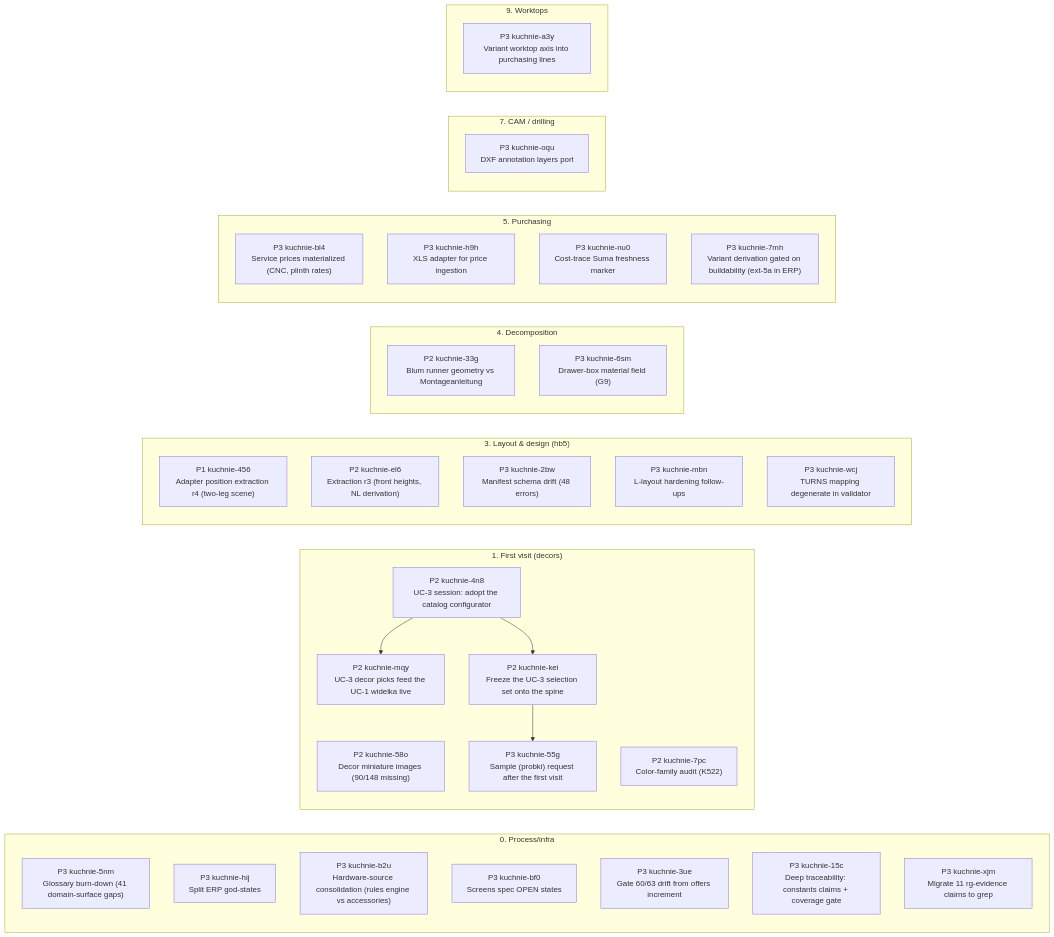
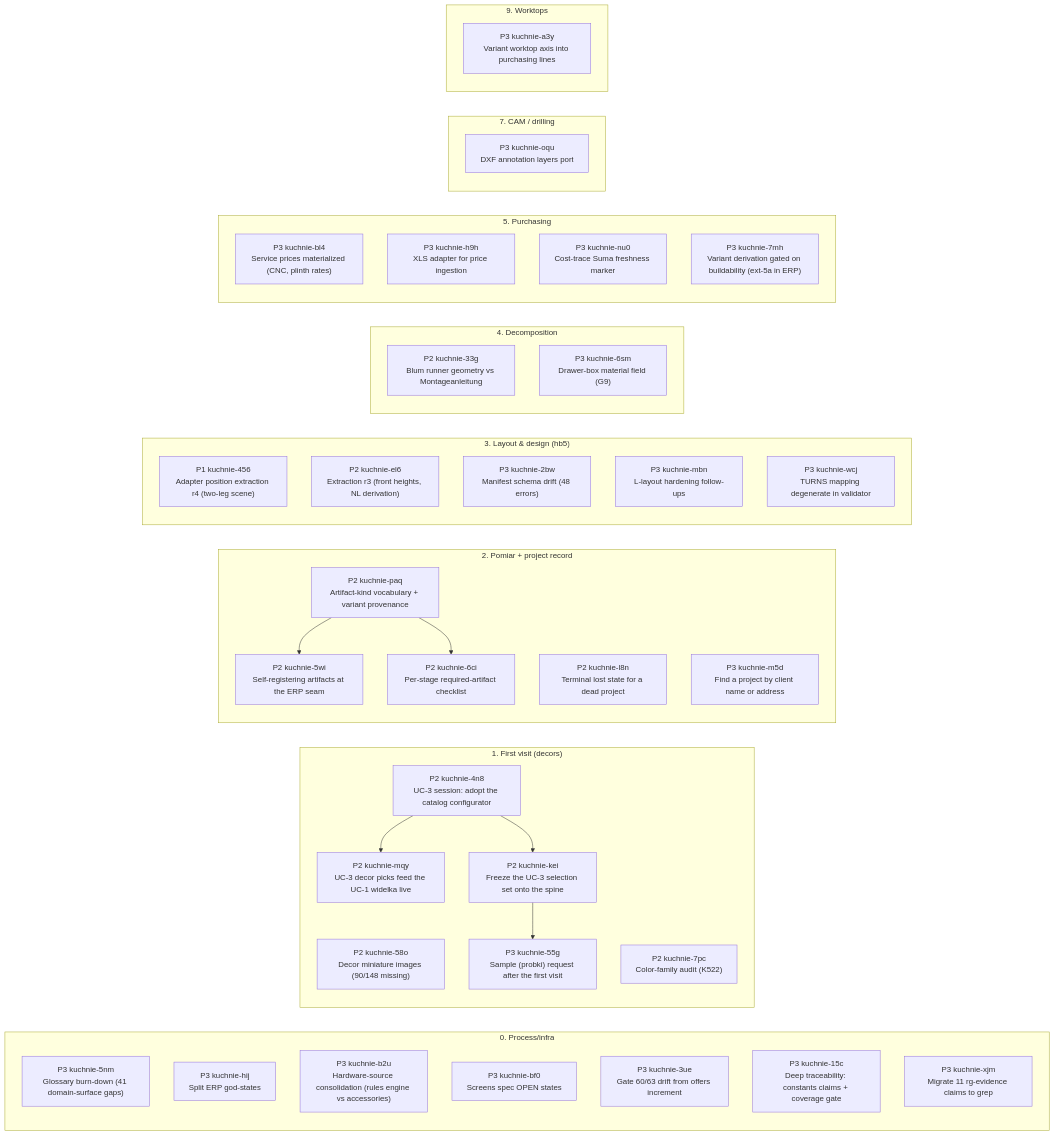
One commit to m1981/kuchnie changed the first of 2 diagrams in STATUS.md. Above: the diagram before and after it, drawn with Mermaid. The commit also changed other lines of this file and 3 other files, not shown here.

````diff
--- a/STATUS.md
+++ b/STATUS.md
@@ -130,46 +140,55 @@
 ```mermaid
 flowchart LR
     subgraph s0 ["0. Process/infra"]
         kuchnie_5nm["P3 kuchnie-5nm<br/>Glossary burn-down (41 domain-surface gaps)"]
         kuchnie_hij["P3 kuchnie-hij<br/>Split ERP god-states"]
         kuchnie_b2u["P3 kuchnie-b2u<br/>Hardware-source consolidation (rules engine vs accessories)"]
         kuchnie_bf0["P3 kuchnie-bf0<br/>Screens spec OPEN states"]
         kuchnie_3ue["P3 kuchnie-3ue<br/>Gate 60/63 drift from offers increment"]
         kuchnie_15c["P3 kuchnie-15c<br/>Deep traceability: constants claims + coverage gate"]
         kuchnie_xjm["P3 kuchnie-xjm<br/>Migrate 11 rg-evidence claims to grep"]
     end
     subgraph s1 ["1. First visit (decors)"]
         kuchnie_58o["P2 kuchnie-58o<br/>Decor miniature images (90/148 missing)"]
         kuchnie_7pc["P2 kuchnie-7pc<br/>Color-family audit (K522)"]
         kuchnie_4n8["P2 kuchnie-4n8<br/>UC-3 session: adopt the catalog configurator"]
         kuchnie_kei["P2 kuchnie-kei<br/>Freeze the UC-3 selection set onto the spine"]
         kuchnie_mqy["P2 kuchnie-mqy<br/>UC-3 decor picks feed the UC-1 widelka live"]
         kuchnie_55g["P3 kuchnie-55g<br/>Sample (probki) request after the first visit"]
+    end
+    subgraph s2 ["2. Pomiar + project record"]
+        kuchnie_paq["P2 kuchnie-paq<br/>Artifact-kind vocabulary + variant provenance"]
+        kuchnie_6ci["P2 kuchnie-6ci<br/>Per-stage required-artifact checklist"]
+        kuchnie_5wi["P2 kuchnie-5wi<br/>Self-registering artifacts at the ERP seam"]
+        kuchnie_l8n["P2 kuchnie-l8n<br/>Terminal lost state for a dead project"]
+        kuchnie_m5d["P3 kuchnie-m5d<br/>Find a project by client name or address"]
     end
     subgraph s3 ["3. Layout & design (hb5)"]
         kuchnie_456["P1 kuchnie-456<br/>Adapter position extraction r4 (two-leg scene)"]
         kuchnie_el6["P2 kuchnie-el6<br/>Extraction r3 (front heights, NL derivation)"]
         kuchnie_2bw["P3 kuchnie-2bw<br/>Manifest schema drift (48 errors)"]
         kuchnie_mbn["P3 kuchnie-mbn<br/>L-layout hardening follow-ups"]
         kuchnie_wcj["P3 kuchnie-wcj<br/>TURNS mapping degenerate in validator"]
     end
     subgraph s4 ["4. Decomposition"]
         kuchnie_33g["P2 kuchnie-33g<br/>Blum runner geometry vs Montageanleitung"]
         kuchnie_6sm["P3 kuchnie-6sm<br/>Drawer-box material field (G9)"]
     end
     subgraph s5 ["5. Purchasing"]
         kuchnie_bl4["P3 kuchnie-bl4<br/>Service prices materialized (CNC, plinth rates)"]
         kuchnie_h9h["P3 kuchnie-h9h<br/>XLS adapter for price ingestion"]
         kuchnie_nu0["P3 kuchnie-nu0<br/>Cost-trace Suma freshness marker"]
         kuchnie_7mh["P3 kuchnie-7mh<br/>Variant derivation gated on buildability (ext-5a in ERP)"]
     end
     subgraph s7 ["7. CAM / drilling"]
         kuchnie_oqu["P3 kuchnie-oqu<br/>DXF annotation layers port"]
     end
     subgraph s9 ["9. Worktops"]
         kuchnie_a3y["P3 kuchnie-a3y<br/>Variant worktop axis into purchasing lines"]
     end
+    kuchnie_paq --> kuchnie_5wi
+    kuchnie_paq --> kuchnie_6ci
     kuchnie_4n8 --> kuchnie_mqy
     kuchnie_4n8 --> kuchnie_kei
     kuchnie_kei --> kuchnie_55g
 ```
````
